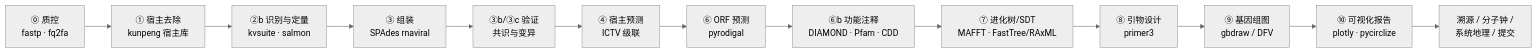
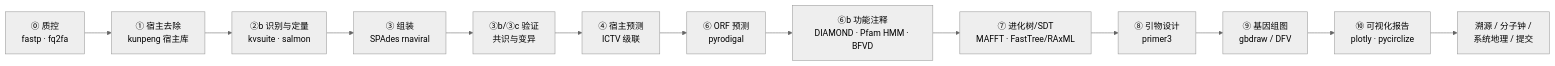
One commit to zhangwenda0518/PlantVirusPlatform changed the diagram in README.md. Above: the diagram before and after it, drawn with Mermaid (neutral theme). The commit also changed other lines of this file and 725 other files, not shown here.

````diff
--- a/README.md
+++ b/README.md
@@ -34,15 +35,15 @@
 ```mermaid
 flowchart LR
     A["⓪ 质控<br/>fastp · fq2fa"] --> B["① 宿主去除<br/>kunpeng 宿主库"]
     B --> C["②b 识别与定量<br/>kvsuite · salmon"]
     C --> D["③ 组装<br/>SPAdes rnaviral"]
     D --> D2["③b/③c 验证<br/>共识与变异"]
     D2 --> E["④ 宿主预测<br/>ICTV 级联"]
     E --> F["⑥ ORF 预测<br/>pyrodigal"]
-    F --> G["⑥b 功能注释<br/>DIAMOND · Pfam · CDD"]
+    F --> G["⑥b 功能注释<br/>DIAMOND · Pfam HMM · BFVD"]
     G --> H["⑦ 进化树/SDT<br/>MAFFT · FastTree/RAxML"]
     H --> I["⑧ 引物设计<br/>primer3"]
     I --> J["⑨ 基因组图<br/>gbdraw / DFV"]
     J --> K["⑩ 可视化报告<br/>plotly · pycirclize"]
     K --> L["溯源 / 分子钟 /<br/>系统地理 / 提交"]
 ```
````
